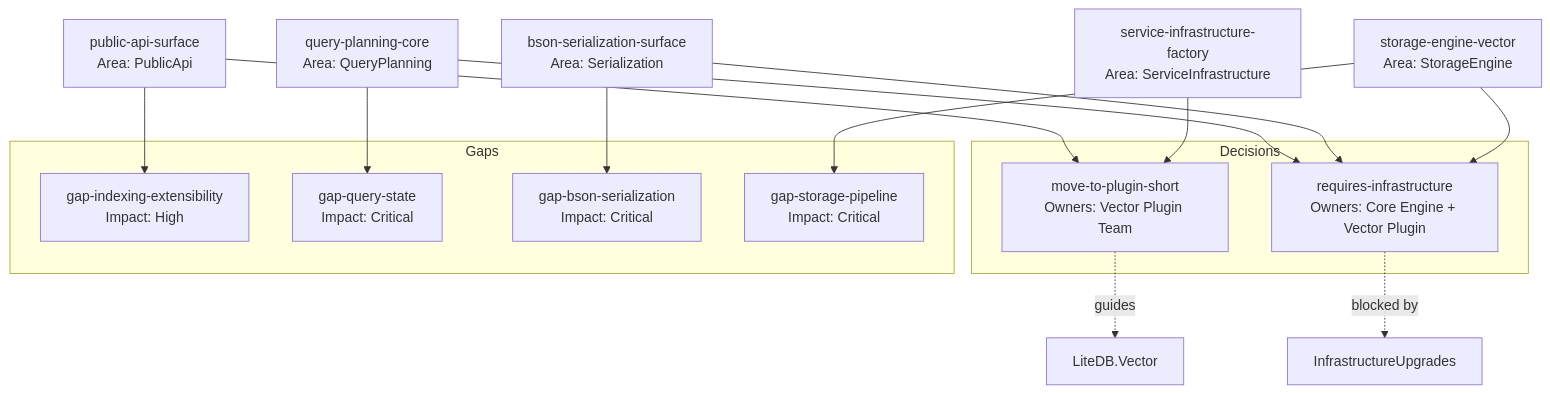
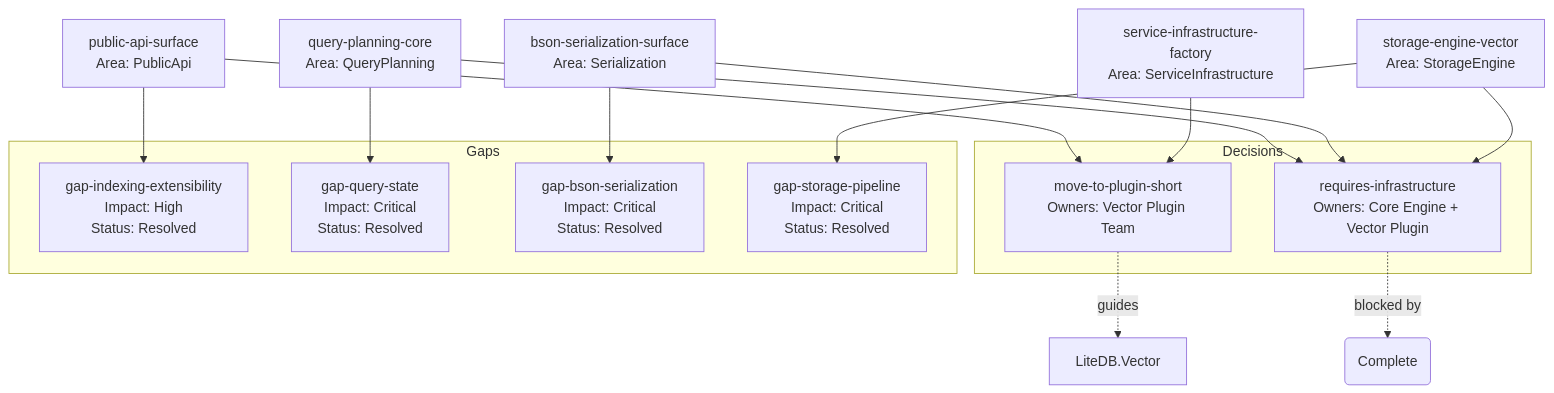
Before and after one commit to JKamsker/LiteDB: the diagram in specs/001-vector-core-cleanup/diagrams/component-dependencies.md, drawn with Mermaid. The commit also changed other lines of this file and 17 other files, not shown here.

````diff
--- a/specs/001-vector-core-cleanup/diagrams/component-dependencies.md
+++ b/specs/001-vector-core-cleanup/diagrams/component-dependencies.md
@@ -3,37 +3,37 @@
 ```mermaid
 graph TD
     subgraph Decisions
         D1[move-to-plugin-short<br/>Owners: Vector Plugin Team]
         D2[requires-infrastructure<br/>Owners: Core Engine + Vector Plugin]
     end
 
     subgraph Gaps
-        G1[gap-indexing-extensibility<br/>Impact: High]
-        G2[gap-query-state<br/>Impact: Critical]
-        G3[gap-bson-serialization<br/>Impact: Critical]
-        G4[gap-storage-pipeline<br/>Impact: Critical]
+        G1[gap-indexing-extensibility<br/>Impact: High<br/>Status: Resolved]
+        G2[gap-query-state<br/>Impact: Critical<br/>Status: Resolved]
+        G3[gap-bson-serialization<br/>Impact: Critical<br/>Status: Resolved]
+        G4[gap-storage-pipeline<br/>Impact: Critical<br/>Status: Resolved]
     end
 
     C1[public-api-surface<br/>Area: PublicApi]
     C2[service-infrastructure-factory<br/>Area: ServiceInfrastructure]
     C3[query-planning-core<br/>Area: QueryPlanning]
     C4[bson-serialization-surface<br/>Area: Serialization]
     C5[storage-engine-vector<br/>Area: StorageEngine]
 
     C1 --> D1
     C1 --> G1
 
     C2 --> D1
 
     C3 --> D2
     C3 --> G2
 
     C4 --> D2
     C4 --> G3
 
     C5 --> D2
     C5 --> G4
 
     D1 -. guides .-> LiteDB.Vector
-    D2 -. blocked by .-> InfrastructureUpgrades
+    D2 -. blocked by .-> InfrastructureUpgrades(Complete)
 ```
````
